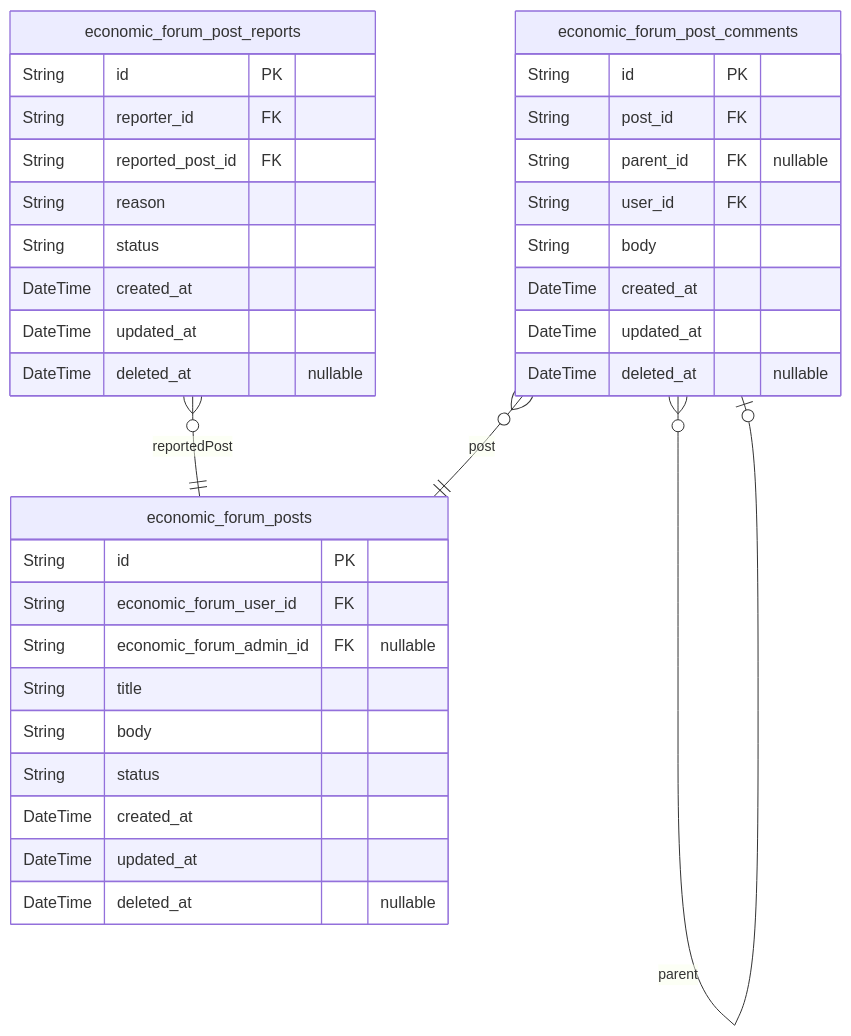
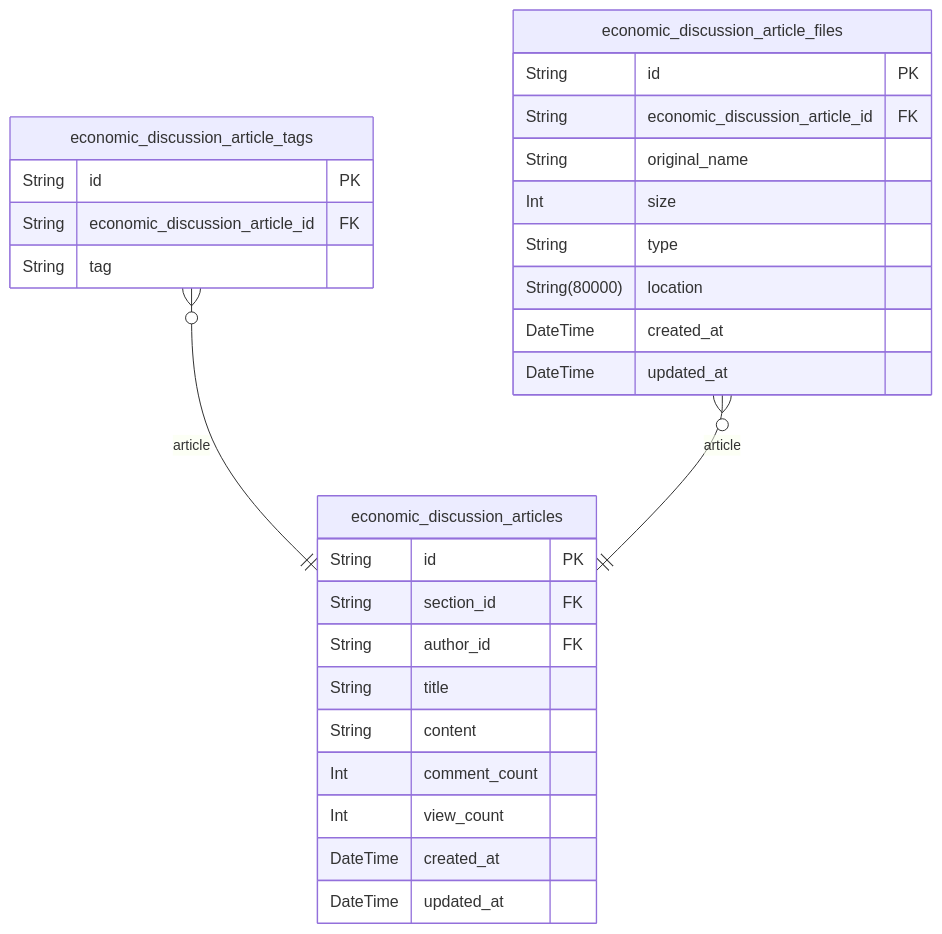
The fourth of 7 diagrams in qwen/qwen3-next-80b-a3b-instruct/bbs/docs/ERD.md (wrtnlabs/autobe-examples), drawn with Mermaid before and after one commit. The commit also changed other lines of this file and 9391 other files, not shown here.

````diff
--- a/qwen/qwen3-next-80b-a3b-instruct/bbs/docs/ERD.md
+++ b/qwen/qwen3-next-80b-a3b-instruct/bbs/docs/ERD.md
@@ -701,37 +855,31 @@
 ```mermaid
 erDiagram
-"economic_forum_posts" {
+"economic_discussion_articles" {
   String id PK
-  String economic_forum_user_id FK
-  String economic_forum_admin_id FK "nullable"
+  String section_id FK
+  String author_id FK
   String title
-  String body
-  String status
+  String content
+  Int comment_count
+  Int view_count
   DateTime created_at
   DateTime updated_at
-  DateTime deleted_at "nullable"
 }
-"economic_forum_post_comments" {
+"economic_discussion_article_tags" {
   String id PK
-  String post_id FK
-  String parent_id FK "nullable"
-  String user_id FK
-  String body
+  String economic_discussion_article_id FK
+  String tag
+}
+"economic_discussion_article_files" {
+  String id PK
+  String economic_discussion_article_id FK
+  String original_name
+  Int size
+  String type
+  String(80000) location
   DateTime created_at
   DateTime updated_at
-  DateTime deleted_at "nullable"
 }
-"economic_forum_post_reports" {
-  String id PK
-  String reporter_id FK
-  String reported_post_id FK
-  String reason
-  String status
-  DateTime created_at
-  DateTime updated_at
-  DateTime deleted_at "nullable"
-}
-"economic_forum_post_comments" }o--|| "economic_forum_posts" : post
-"economic_forum_post_comments" }o--o| "economic_forum_post_comments" : parent
-"economic_forum_post_reports" }o--|| "economic_forum_posts" : reportedPost
+"economic_discussion_article_tags" }o--|| "economic_discussion_articles" : article
+"economic_discussion_article_files" }o--|| "economic_discussion_articles" : article
 ```
````
